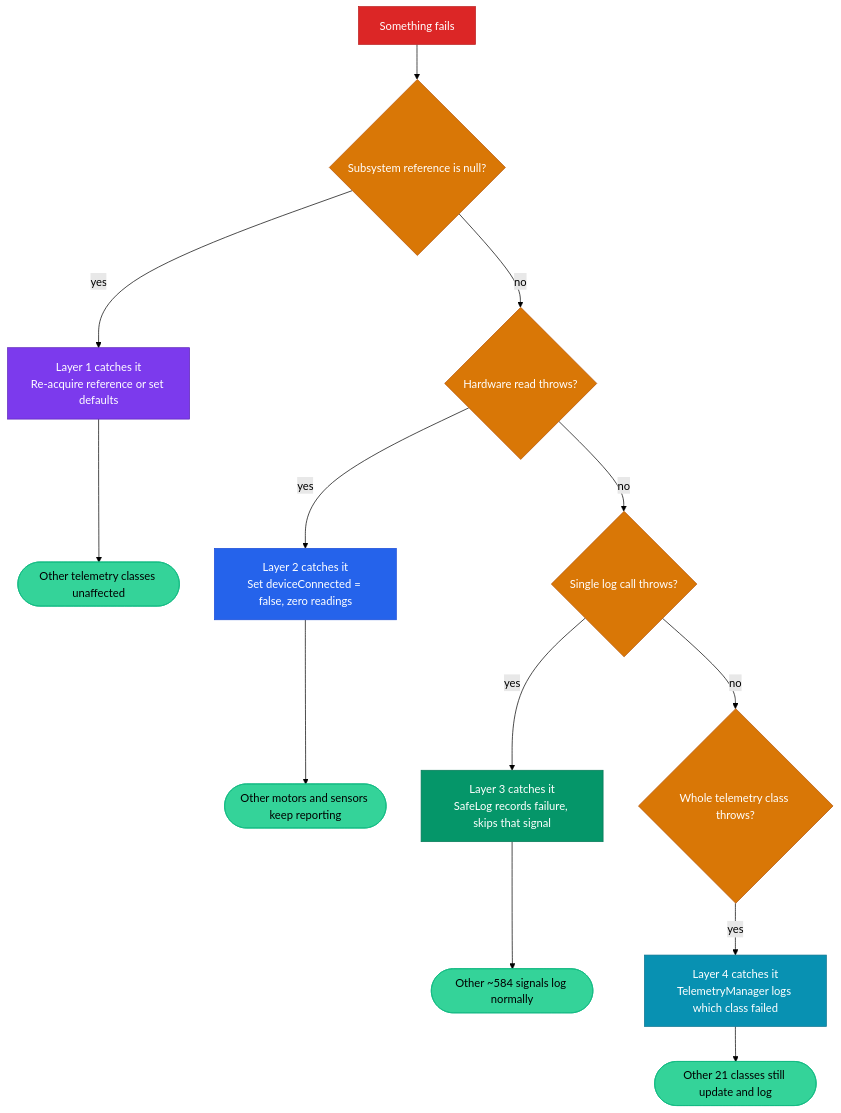
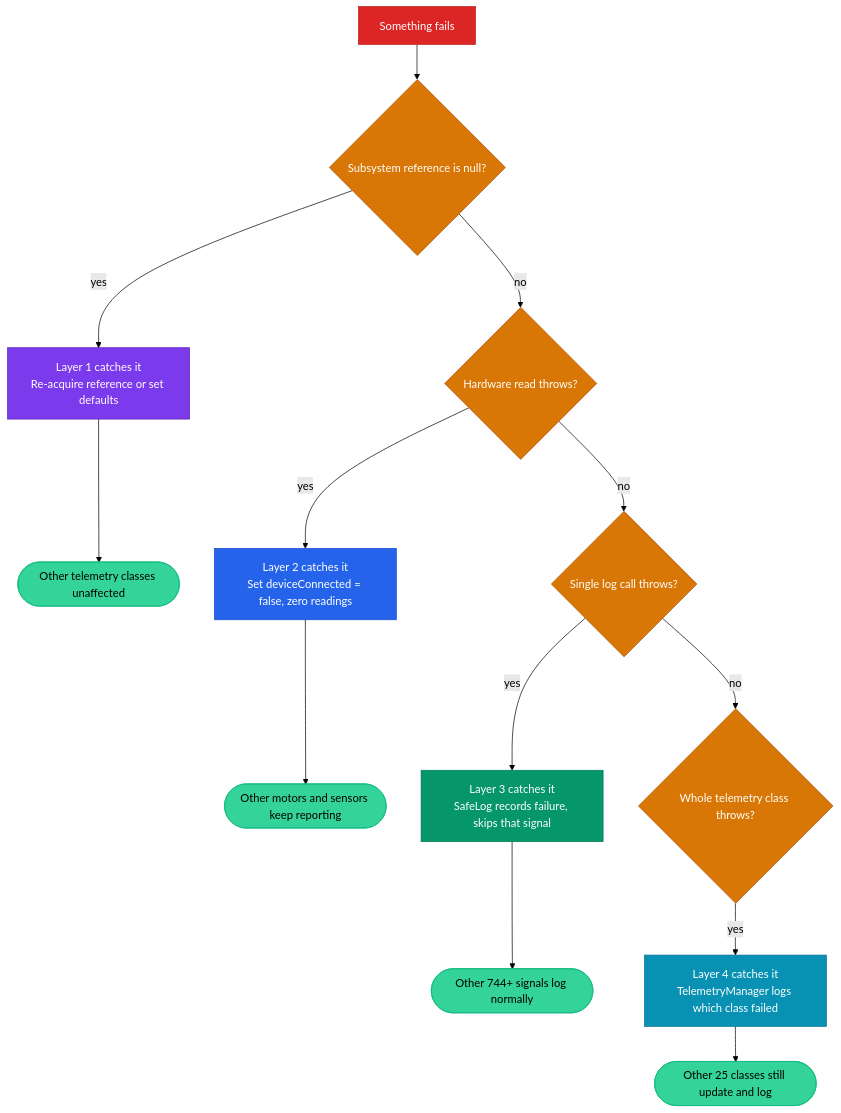
Before and after one commit to eeveemara/frc5962-2026-docs: the second of 2 diagrams in docs/architecture/safety-architecture.md, drawn with Mermaid (forest theme). The commit also changed other lines of this file and 7 other files, not shown here.

Commit message:
Update all numbers for competition: 26 telemetry classes, 745+ signals, 16 adopter teams, 5 awards, 2285-line FuelPhysicsSim

````diff
--- a/docs/architecture/safety-architecture.md
+++ b/docs/architecture/safety-architecture.md
@@ -32,34 +32,34 @@
 ```mermaid
 flowchart TB
     FAIL[Something fails]
 
     FAIL --> Q1{Subsystem reference is null?}
     Q1 -->|yes| R1[Layer 1 catches it<br/>Re-acquire reference or set defaults]
     R1 --> OK1([Other telemetry classes unaffected])
 
     Q1 -->|no| Q2{Hardware read throws?}
     Q2 -->|yes| R2[Layer 2 catches it<br/>Set deviceConnected = false, zero readings]
     R2 --> OK2([Other motors and sensors keep reporting])
 
     Q2 -->|no| Q3{Single log call throws?}
     Q3 -->|yes| R3[Layer 3 catches it<br/>SafeLog records failure, skips that signal]
-    R3 --> OK3([Other ~584 signals log normally])
+    R3 --> OK3([Other 744+ signals log normally])
 
     Q3 -->|no| Q4{Whole telemetry class throws?}
     Q4 -->|yes| R4[Layer 4 catches it<br/>TelemetryManager logs which class failed]
-    R4 --> OK4([Other 21 classes still update and log])
+    R4 --> OK4([Other 25 classes still update and log])
 
     style FAIL fill:#dc2626,stroke:#b91c1c,color:#fff
     style Q1 fill:#d97706,stroke:#b45309,color:#fff
     style Q2 fill:#d97706,stroke:#b45309,color:#fff
     style Q3 fill:#d97706,stroke:#b45309,color:#fff
     style Q4 fill:#d97706,stroke:#b45309,color:#fff
     style R1 fill:#7c3aed,stroke:#5b21b6,color:#fff
     style R2 fill:#2563eb,stroke:#1d4ed8,color:#fff
     style R3 fill:#059669,stroke:#047857,color:#fff
     style R4 fill:#0891b2,stroke:#0e7490,color:#fff
     style OK1 fill:#34d399,stroke:#10b981,color:#000
     style OK2 fill:#34d399,stroke:#10b981,color:#000
     style OK3 fill:#34d399,stroke:#10b981,color:#000
     style OK4 fill:#34d399,stroke:#10b981,color:#000
 ```
````
